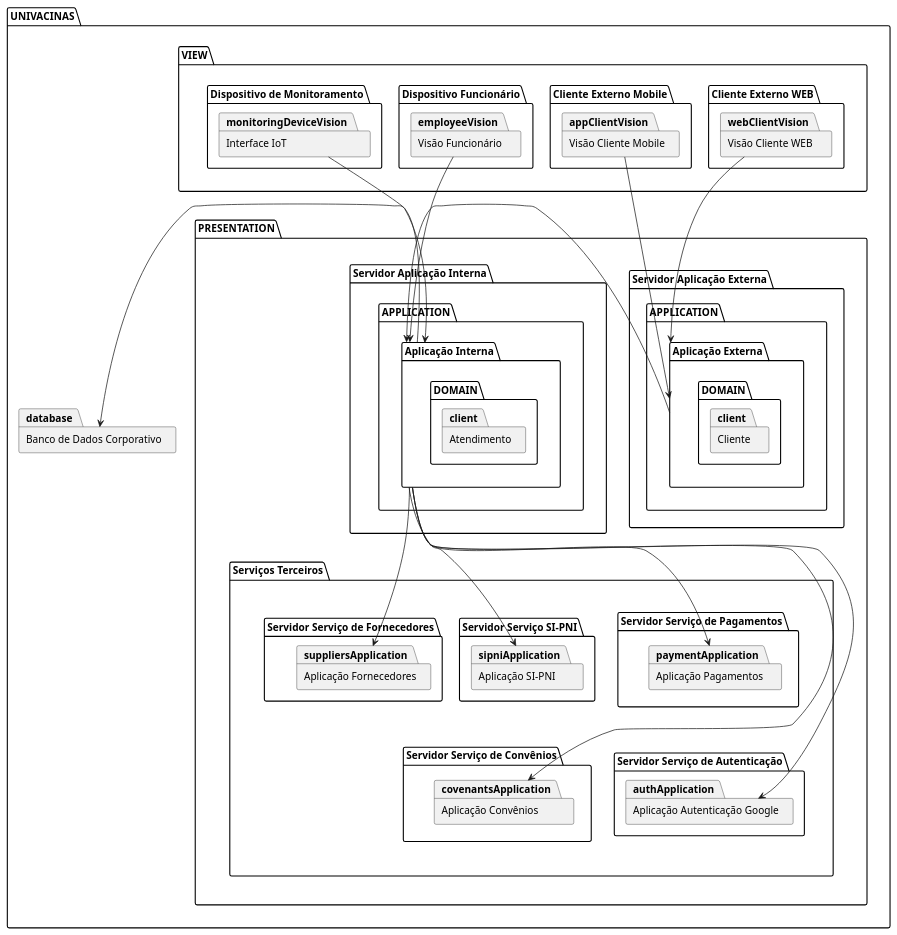
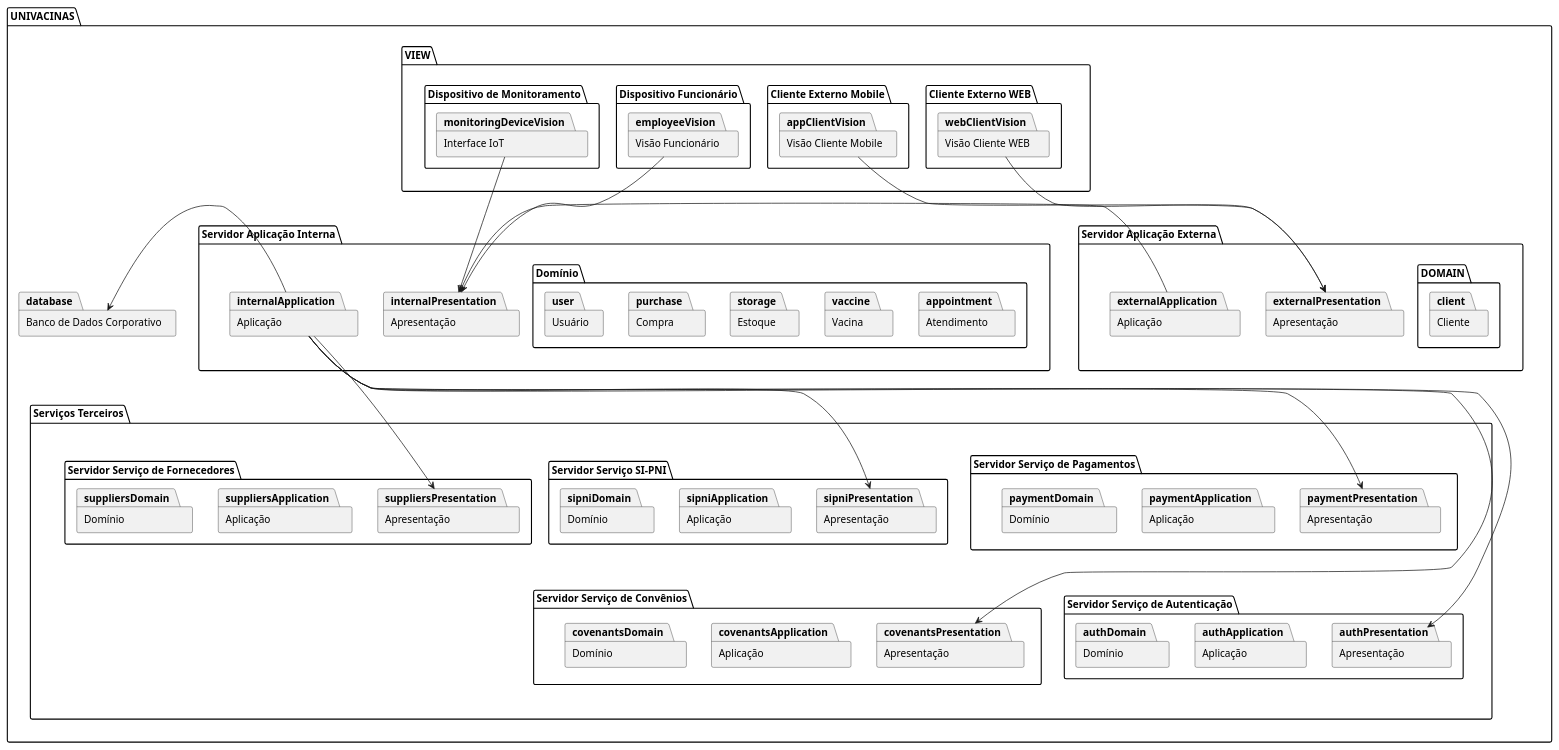
Before and after one commit to belcogo/desenv-software-diagramas: the diagram in diagramas/diagrama-pacotes.PLANTUML, drawn with PlantUML.

Commit message:
fix: corrige diagrama de pacotes

```diff
--- a/diagramas/diagrama-pacotes.PLANTUML
+++ b/diagramas/diagrama-pacotes.PLANTUML
@@ -1,97 +1,117 @@
 @startuml
 package system as "UNIVACINAS" {
-        package view as "VIEW" {
-	        package externalClientWeb as "Cliente Externo WEB" {
-                        package webClientVision as "Visão Cliente WEB" {
-                        }
-                }
-	        package externalClientMobile as "Cliente Externo Mobile" {
-                        package appClientVision as "Visão Cliente Mobile" {
-                        }
-                }
-	        package employeeDevice as "Dispositivo Funcionário" {
-                        package employeeVision as "Visão Funcionário" {
-                        }
-                }
-	        package monitoringDevice as "Dispositivo de Monitoramento" {
-                        package monitoringDeviceVision as "Interface IoT" {
-                        }
-                }
-        }
-        package presentation as "PRESENTATION" {
-                package externalServer as "Servidor Aplicação Externa" {
-                        package externalApplicationWrapper as "APPLICATION" {
-                                package externalApplication as "Aplicação Externa" {
-                                        package domain as "DOMAIN" {
-                                                package client as "Cliente" {
-                                                }
-                                        }
-                                }
-                        }
-                }
-                package internalServer as "Servidor Aplicação Interna" {
-                        package internalApplicationWrapper as "APPLICATION" {
-                                package internalApplication as "Aplicação Interna" {
-                                        package domain as "DOMAIN" {
-                                                package client as "Atendimento" {
-                                                }
-                                                package client as "Vacina" {
-                                                }
-                                                package client as "Estoque" {
-                                                }
-                                                package client as "Compra" {
-                                                }
-                                                package client as "Usuário" {
-                                                }
-                                        }
-                                }
-                        }
-                }
-                package thirdPartyServer as "Serviços Terceiros" {
-                        together {
-                                package paymentServer as "Servidor Serviço de Pagamentos" {
-                                        package paymentApplication as "Aplicação Pagamentos" {
-                                        }
-                                }
-                                package sipniServer as "Servidor Serviço SI-PNI" {
-                                        package sipniApplication as "Aplicação SI-PNI" {
-                                        }
-                                }
-                                package suppliersServer as "Servidor Serviço de Fornecedores" {
-                                        package suppliersApplication as "Aplicação Fornecedores" {
-                                        }
-                                }
-                        }
-                        together {
-                                package covenantsServer as "Servidor Serviço de Convênios" {
-                                        package covenantsApplication as "Aplicação Convênios" {
-                                        }
-                                }
-                                package authServer as "Servidor Serviço de Autenticação" {
-                                        package authApplication as "Aplicação Autenticação Google" {
-                                        }
-                                }
-                        }
-                }
-        }
-        package database as "Banco de Dados Corporativo" {
-        }
+	package view as "VIEW" {
+		package externalClientWeb as "Cliente Externo WEB" {
+			package webClientVision as "Visão Cliente WEB" {
+			}
+		}
+		package externalClientMobile as "Cliente Externo Mobile" {
+			package appClientVision as "Visão Cliente Mobile" {
+			}
+		}
+		package employeeDevice as "Dispositivo Funcionário" {
+			package employeeVision as "Visão Funcionário" {
+			}
+		}
+		package monitoringDevice as "Dispositivo de Monitoramento" {
+			package monitoringDeviceVision as "Interface IoT" {
+			}
+		}
+	}
+	together {
+		package externalServer as "Servidor Aplicação Externa" {
+			package externalPresentation as "Apresentação" {			
+			}
+			package externalApplication as "Aplicação" {			
+			}
+			package externalDomain as "DOMAIN" {
+				package client as "Cliente" {
+				}
+			}
+		}
+		package internalServer as "Servidor Aplicação Interna" {
+			package internalPresentation as "Apresentação" {			
+			}
+			package internalApplication as "Aplicação" {			
+			}
+			package innternalDomain as "Domínio" {
+				package appointment as "Atendimento" {
+				}
+				package vaccine as "Vacina" {
+				}
+				package storage as "Estoque" {
+				}
+				package purchase as "Compra" {
+				}
+				package user as "Usuário" {
+				}
+			}
+		}
+	}
+	package thirdPartyServer as "Serviços Terceiros" {
+		together {
+			package paymentServer as "Servidor Serviço de Pagamentos" {
+				package paymentPresentation as "Apresentação" {
+				}
+				package paymentApplication as "Aplicação" {
+				}
+				package paymentDomain as "Domínio" {
+				}
+			}
+			package sipniServer as "Servidor Serviço SI-PNI" {
+				package sipniPresentation as "Apresentação" {
+				}
+				package sipniApplication as "Aplicação" {
+				}
+				package sipniDomain as "Domínio" {
+				}
+			}
+			package suppliersServer as "Servidor Serviço de Fornecedores" {
+				package suppliersPresentation as "Apresentação" {
+				}
+				package suppliersApplication as "Aplicação" {
+				}
+				package suppliersDomain as "Domínio" {
+				}
+			}
+		}
+		together {
+			package covenantsServer as "Servidor Serviço de Convênios" {
+				package covenantsPresentation as "Apresentação" {
+				}
+				package covenantsApplication as "Aplicação" {
+				}
+				package covenantsDomain as "Domínio" {
+				}
+			}
+			package authServer as "Servidor Serviço de Autenticação" {
+				package authPresentation as "Apresentação" {
+				}
+				package authApplication as "Aplicação" {
+				}
+				package authDomain as "Domínio" {
+				}
+			}
+		}
+	}
+	package database as "Banco de Dados Corporativo" {
+	}
 }
 
 paymentServer -[hidden]-> covenantsServer
 internalServer -[hidden]-> thirdPartyServer
-view -[hidden]-> presentation
+view -[hidden]-> externalServer
 
-webClientVision -> externalApplication
-appClientVision -> externalApplication
-externalApplication -> internalApplication
-employeeVision -> internalApplication
-monitoringDeviceVision -> internalApplication
+webClientVision -> externalPresentation
+appClientVision -> externalPresentation
+externalApplication -> internalPresentation
+employeeVision -> internalPresentation
+monitoringDeviceVision -> internalPresentation
 internalApplication -> database
-internalApplication -> paymentApplication
-internalApplication -> sipniApplication
-internalApplication -> suppliersApplication
-internalApplication -> covenantsApplication
-internalApplication -> authApplication
+internalApplication -> paymentPresentation
+internalApplication -> sipniPresentation
+internalApplication -> suppliersPresentation
+internalApplication -> covenantsPresentation
+internalApplication -> authPresentation
 
 @enduml
```
